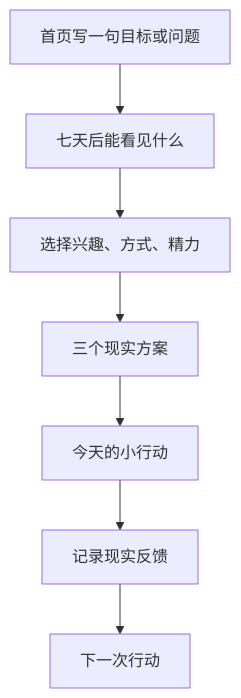
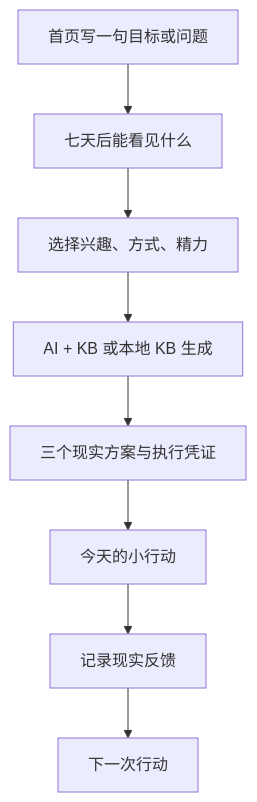
One commit to liangliangliao/quote_app222 changed the diagram in docs/will_mirror_v5_user_guide.md. Above: the diagram before and after it, drawn with Mermaid. The commit also changed other lines of this file and 17 other files, not shown here.

````diff
--- a/docs/will_mirror_v5_user_guide.md
+++ b/docs/will_mirror_v5_user_guide.md
@@ -11,9 +11,10 @@
 ```mermaid
 flowchart TD
     A[首页写一句目标或问题] --> B[七天后能看见什么]
     B --> C[选择兴趣、方式、精力]
-    C --> D[三个现实方案]
-    D --> E[今天的小行动]
-    E --> F[记录现实反馈]
-    F --> G[下一次行动]
+    C --> D[AI + KB 或本地 KB 生成]
+    D --> E[三个现实方案与执行凭证]
+    E --> F[今天的小行动]
+    F --> G[记录现实反馈]
+    G --> H[下一次行动]
 ```
````
